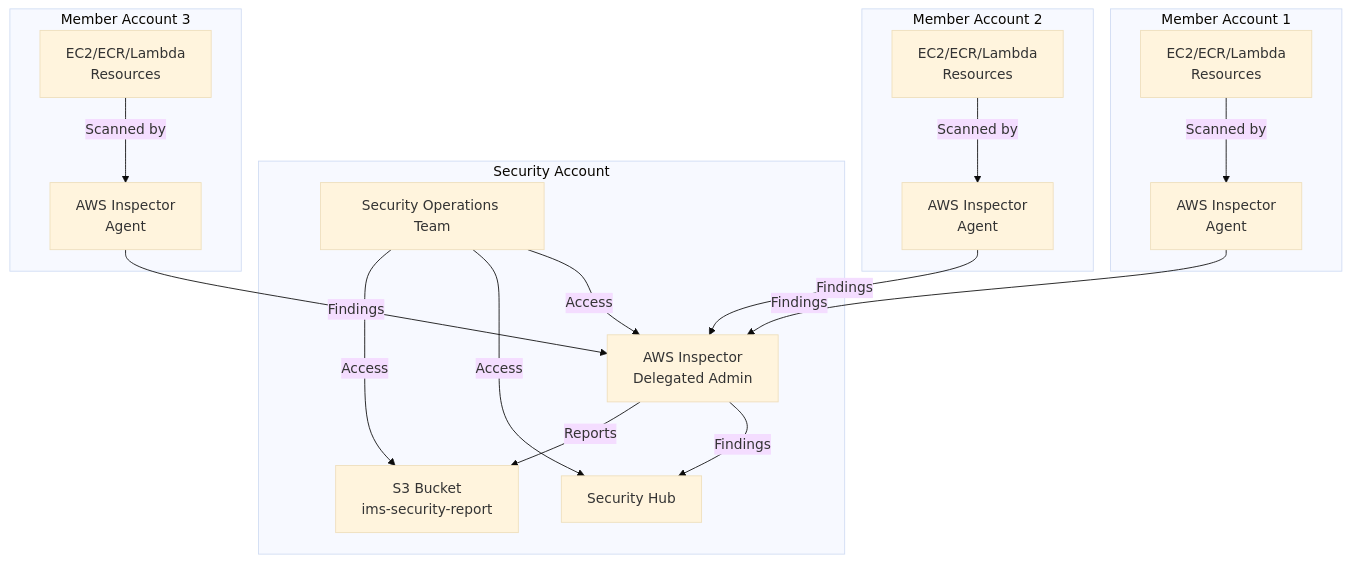
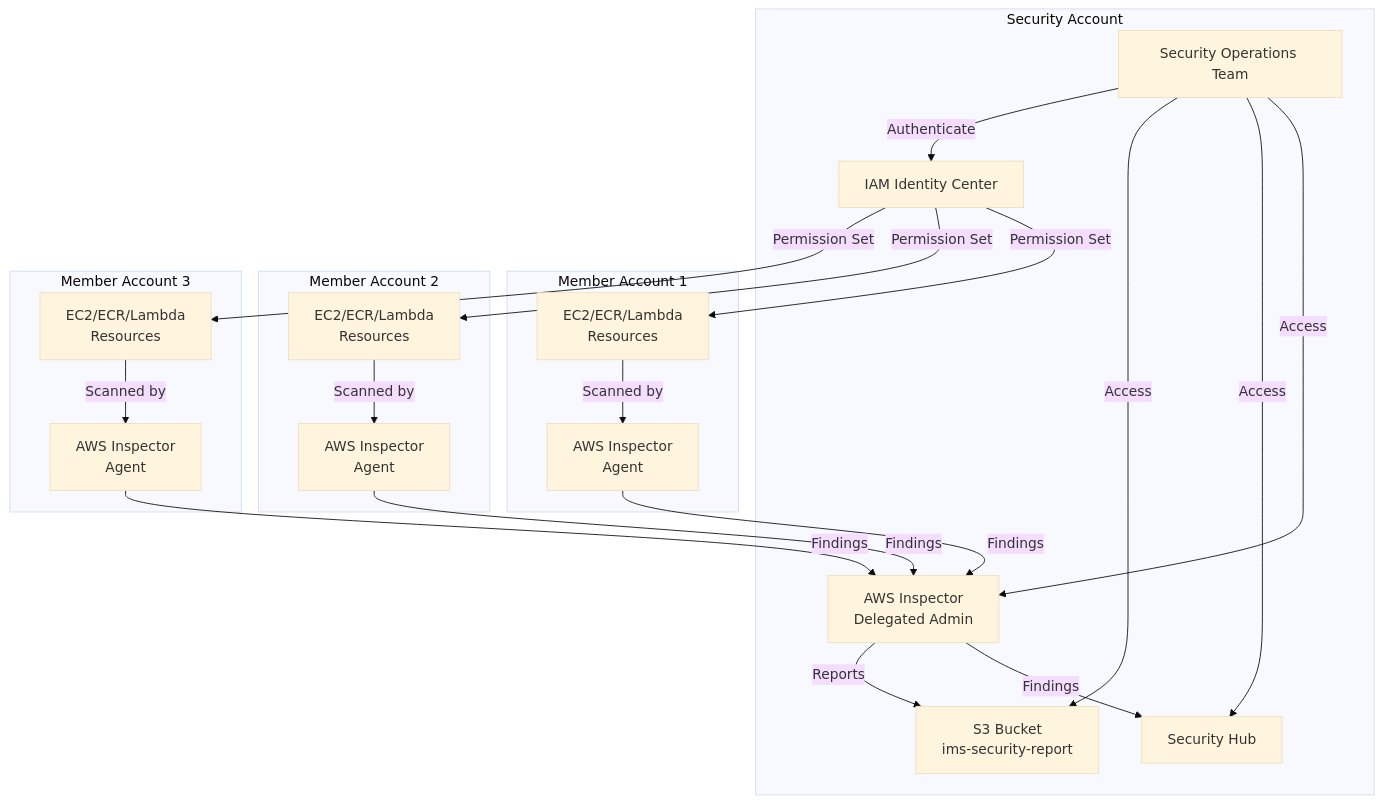
Before and after one commit to hugger-beep/inspector: the diagram in README.md, drawn with Mermaid (base theme). The commit also changed other lines of this file, not shown here.

````diff
--- a/README.md
+++ b/README.md
@@ -5,39 +5,44 @@
 ```mermaid
 flowchart TD
     subgraph "Security Account"
         Inspector[AWS Inspector<br>Delegated Admin]
         SecurityHub[Security Hub]
         S3[S3 Bucket<br>ims-security-report]
         SecOps[Security Operations Team]
+        IAMIdentityCenter[IAM Identity Center]
         
         Inspector -->|Findings| SecurityHub
         Inspector -->|Reports| S3
         SecOps -->|Access| Inspector
         SecOps -->|Access| SecurityHub
         SecOps -->|Access| S3
+        SecOps -->|Authenticate| IAMIdentityCenter
     end
     
     subgraph "Member Account 1"
         Inspector1[AWS Inspector<br>Agent]
         Resources1[EC2/ECR/Lambda<br>Resources]
         
         Resources1 -->|Scanned by| Inspector1
         Inspector1 -->|Findings| Inspector
+        IAMIdentityCenter -->|Permission Set| Resources1
     end
     
     subgraph "Member Account 2"
         Inspector2[AWS Inspector<br>Agent]
         Resources2[EC2/ECR/Lambda<br>Resources]
         
         Resources2 -->|Scanned by| Inspector2
         Inspector2 -->|Findings| Inspector
+        IAMIdentityCenter -->|Permission Set| Resources2
     end
     
     subgraph "Member Account 3"
         Inspector3[AWS Inspector<br>Agent]
         Resources3[EC2/ECR/Lambda<br>Resources]
         
         Resources3 -->|Scanned by| Inspector3
         Inspector3 -->|Findings| Inspector
+        IAMIdentityCenter -->|Permission Set| Resources3
     end
 ```
````
